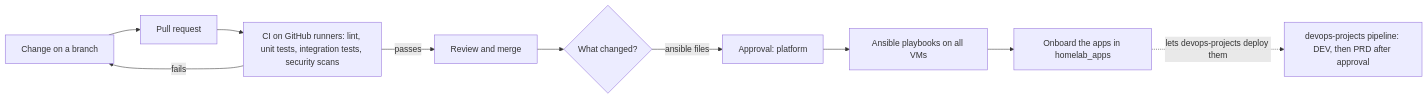
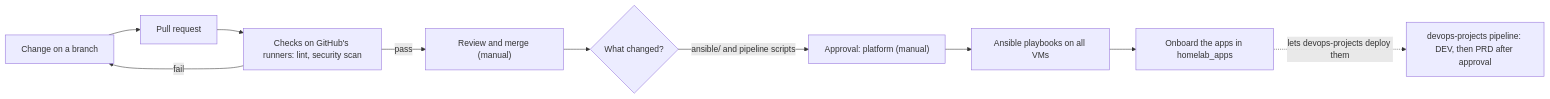
Before and after one commit to Zulhardy/homelab: the second of 2 diagrams in README.md, drawn with Mermaid. The commit also changed other lines of this file and 3 other files, not shown here.

````diff
--- a/README.md
+++ b/README.md
@@ -133,12 +114,12 @@
 ```mermaid
 flowchart LR
     A["Change on a branch"] --> B["Pull request"]
-    B --> C["CI on GitHub runners: lint, unit tests, integration tests, security scans"]
-    C -->|"fails"| A
-    C -->|"passes"| D["Review and merge"]
+    B --> C["Checks on GitHub's runners: lint, security scan"]
+    C -->|"fail"| A
+    C -->|"pass"| D["Review and merge (manual)"]
     D --> E{"What changed?"}
-    E -->|"ansible files"| F["Approval: platform"]
+    E -->|"ansible/ and pipeline scripts"| F["Approval: platform (manual)"]
     F --> F2["Ansible playbooks on all VMs"]
     F2 --> F3["Onboard the apps in homelab_apps"]
     F3 -.->|"lets devops-projects deploy them"| G["devops-projects pipeline: DEV, then PRD after approval"]
 ```
````
